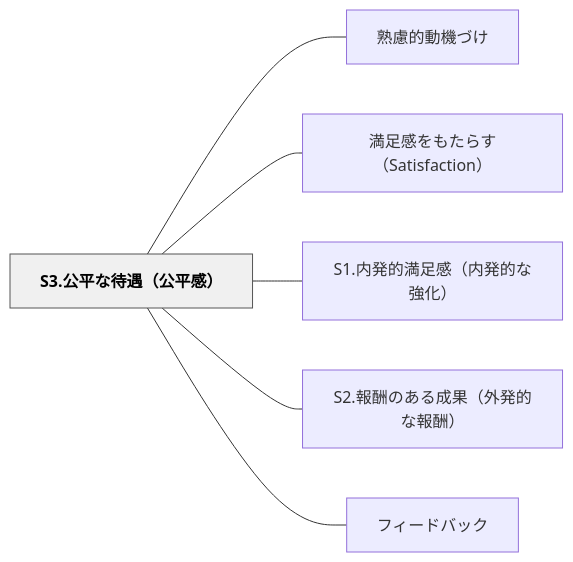
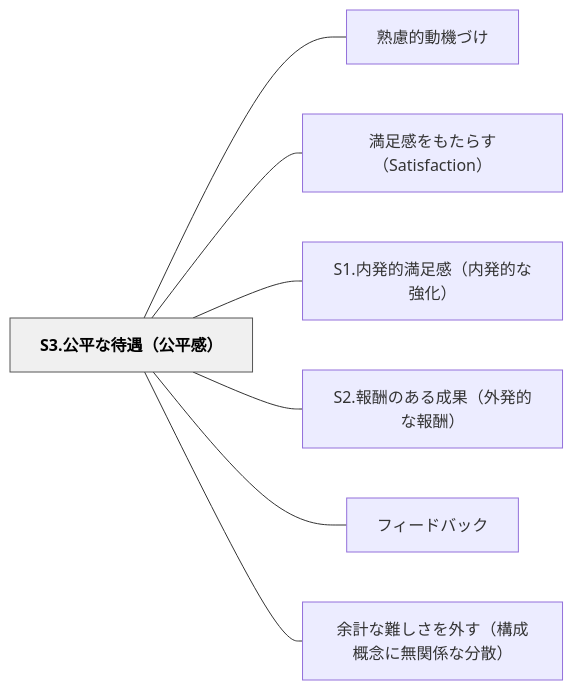
The diagram in content/パタン/S3.公平な待遇（公平感）.md (unknownthings-ed-patterns/unknownthings-ed-patterns), drawn with Mermaid before and after one commit. The commit also changed other lines of this file and 22 other files, not shown here.

````diff
--- a/content/パタン/S3.公平な待遇（公平感）.md
+++ b/content/パタン/S3.公平な待遇（公平感）.md
@@ -37,18 +37,20 @@
 ```mermaid
 flowchart LR
     n53332ee585ace5b9b3e381aae5be85e98187efbc88e585ace5b9b3e6849fefbc89["S3.公平な待遇（公平感）"]
     ne7869fe685aee79a84e58b95e6a99fe381a5e38191["熟慮的動機づけ"]
     ne6ba80e8b6b3e6849fe38292e38282e3819fe38289e38199efbc88536174697366616374696f6eefbc89["満足感をもたらす（Satisfaction）"]
     n53312ee58685e799bae79a84e6ba80e8b6b3e6849fefbc88e58685e799bae79a84e381aae5bcb7e58c96efbc89["S1.内発的満足感（内発的な強化）"]
     n53322ee5a0b1e985ace381aee38182e3828be68890e69e9cefbc88e5a496e799bae79a84e381aae5a0b1e985acefbc89["S2.報酬のある成果（外発的な報酬）"]
     ne38395e382a3e383bce38389e38390e38383e382af["フィードバック"]
+    ne4bd99e8a888e381aae99ba3e38197e38195e38292e5a496e38199efbc88e6a78be68890e6a682e5bfb5e381abe784a1e996a2e4bf82e381aae58886e695a3efbc89["余計な難しさを外す（構成概念に無関係な分散）"]
 
     n53332ee585ace5b9b3e381aae5be85e98187efbc88e585ace5b9b3e6849fefbc89 --- ne7869fe685aee79a84e58b95e6a99fe381a5e38191
     n53332ee585ace5b9b3e381aae5be85e98187efbc88e585ace5b9b3e6849fefbc89 --- ne6ba80e8b6b3e6849fe38292e38282e3819fe38289e38199efbc88536174697366616374696f6eefbc89
     n53332ee585ace5b9b3e381aae5be85e98187efbc88e585ace5b9b3e6849fefbc89 --- n53312ee58685e799bae79a84e6ba80e8b6b3e6849fefbc88e58685e799bae79a84e381aae5bcb7e58c96efbc89
     n53332ee585ace5b9b3e381aae5be85e98187efbc88e585ace5b9b3e6849fefbc89 --- n53322ee5a0b1e985ace381aee38182e3828be68890e69e9cefbc88e5a496e799bae79a84e381aae5a0b1e985acefbc89
     n53332ee585ace5b9b3e381aae5be85e98187efbc88e585ace5b9b3e6849fefbc89 --- ne38395e382a3e383bce38389e38390e38383e382af
+    n53332ee585ace5b9b3e381aae5be85e98187efbc88e585ace5b9b3e6849fefbc89 --- ne4bd99e8a888e381aae99ba3e38197e38195e38292e5a496e38199efbc88e6a78be68890e6a682e5bfb5e381abe784a1e996a2e4bf82e381aae58886e695a3efbc89
 
     classDef hub fill:#f0f0f0,stroke:#555,color:#000,font-weight:bold
     class n53332ee585ace5b9b3e381aae5be85e98187efbc88e585ace5b9b3e6849fefbc89 hub
 ```
````
